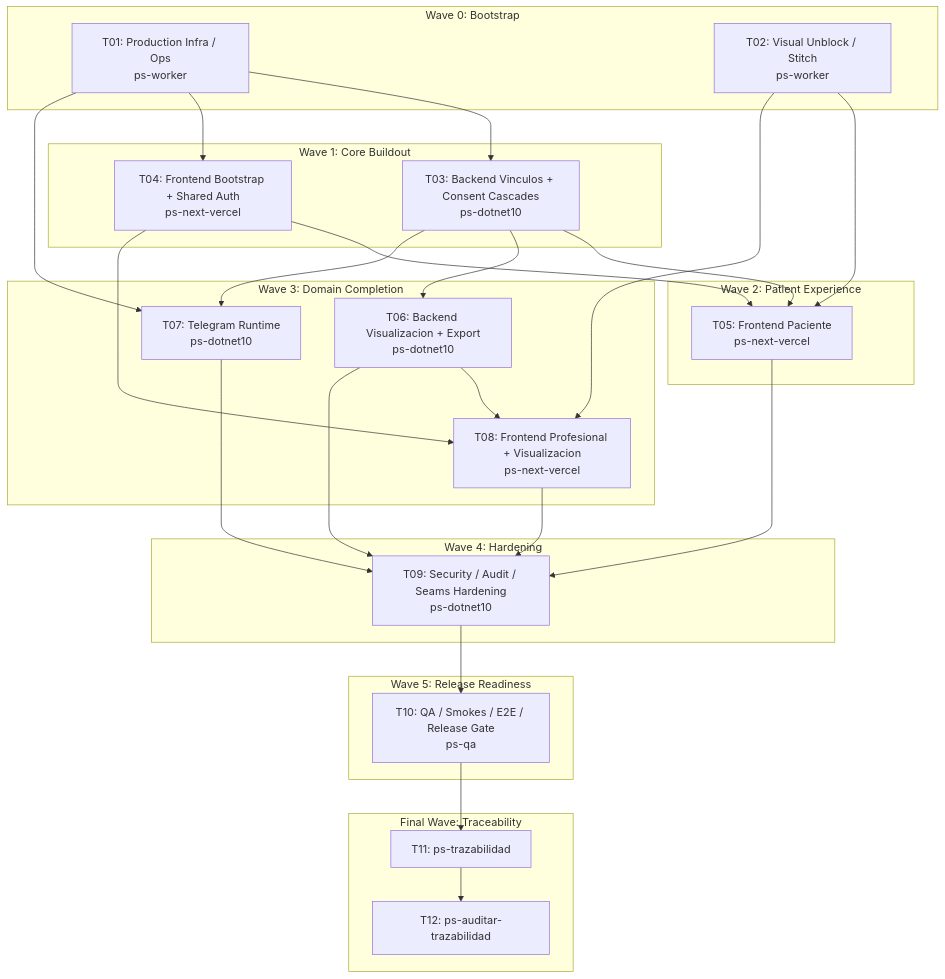
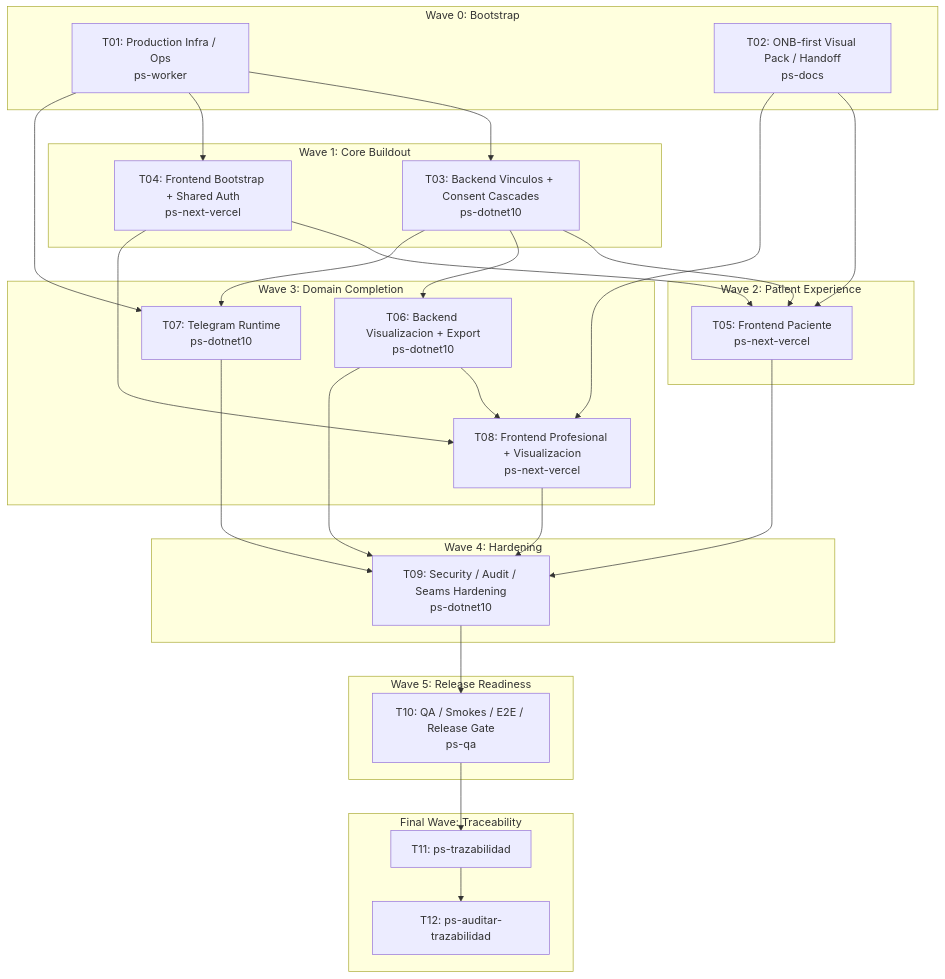
Before and after one commit to fgpaz/bitacora: the diagram in .docs/raw/plans/2026-04-10-wave-1-productivizacion.md, drawn with Mermaid. The commit also changed other lines of this file and 34 other files, not shown here.

Commit message:
docs(ux): open ONB-first UI-RFC handoff pack

````diff
--- a/.docs/raw/plans/2026-04-10-wave-1-productivizacion.md
+++ b/.docs/raw/plans/2026-04-10-wave-1-productivizacion.md
@@ -49,48 +49,48 @@
 ```mermaid
 graph TD
     subgraph Wave0["Wave 0: Bootstrap"]
         T01["T01: Production Infra / Ops<br/>ps-worker"]
-        T02["T02: Visual Unblock / Stitch<br/>ps-worker"]
+        T02["T02: ONB-first Visual Pack / Handoff<br/>ps-docs"]
     end
     subgraph Wave1["Wave 1: Core Buildout"]
         T03["T03: Backend Vinculos + Consent Cascades<br/>ps-dotnet10"]
         T04["T04: Frontend Bootstrap + Shared Auth<br/>ps-next-vercel"]
     end
     subgraph Wave2["Wave 2: Patient Experience"]
         T05["T05: Frontend Paciente<br/>ps-next-vercel"]
     end
     subgraph Wave3["Wave 3: Domain Completion"]
         T06["T06: Backend Visualizacion + Export<br/>ps-dotnet10"]
         T07["T07: Telegram Runtime<br/>ps-dotnet10"]
         T08["T08: Frontend Profesional + Visualizacion<br/>ps-next-vercel"]
     end
     subgraph Wave4["Wave 4: Hardening"]
         T09["T09: Security / Audit / Seams Hardening<br/>ps-dotnet10"]
     end
     subgraph Wave5["Wave 5: Release Readiness"]
         T10["T10: QA / Smokes / E2E / Release Gate<br/>ps-qa"]
     end
     subgraph WaveFinal["Final Wave: Traceability"]
         T11["T11: ps-trazabilidad"]
         T12["T12: ps-auditar-trazabilidad"]
         T11 --> T12
     end
 
     T01 --> T03
     T01 --> T04
     T02 --> T05
     T03 --> T05
     T04 --> T05
     T03 --> T06
     T01 --> T07
     T03 --> T07
     T02 --> T08
     T04 --> T08
     T06 --> T08
     T05 --> T09
     T06 --> T09
     T07 --> T09
     T08 --> T09
     T09 --> T10
     T10 --> T11
 ```
````
